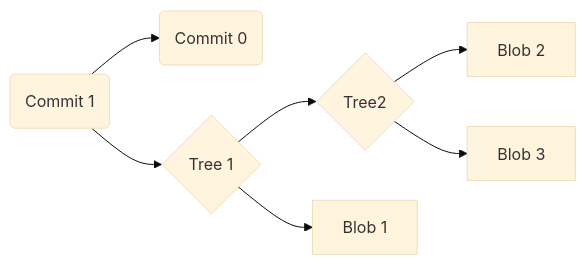
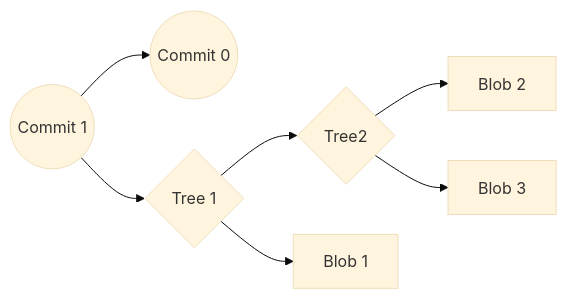
Before and after one commit to jakkunight/mini-git-py: the third of 3 diagrams in docs/git.md, drawn with Mermaid (base theme). The commit also changed other lines of this file, not shown here.

Commit message:
Retoque de nodos + Se retoca la forma de los nodos del commit.

````diff
--- a/docs/git.md
+++ b/docs/git.md
@@ -85,17 +85,17 @@
 ```mermaid
 graph LR
-  commit0("Commit 0")
-  commit1("Commit 1")
+  commit0(("Commit 0"))
+  commit1(("Commit 1"))
   tree1{"Tree 1"}
   tree2{"Tree2"}
   blob1["Blob 1"]
   blob2["Blob 2"]
   blob3["Blob 3"]
 
   commit1-->commit0
   commit1-->tree1
   tree1-->tree2
   tree1-->blob1
   tree2-->blob2
   tree2-->blob3
 ```
````
